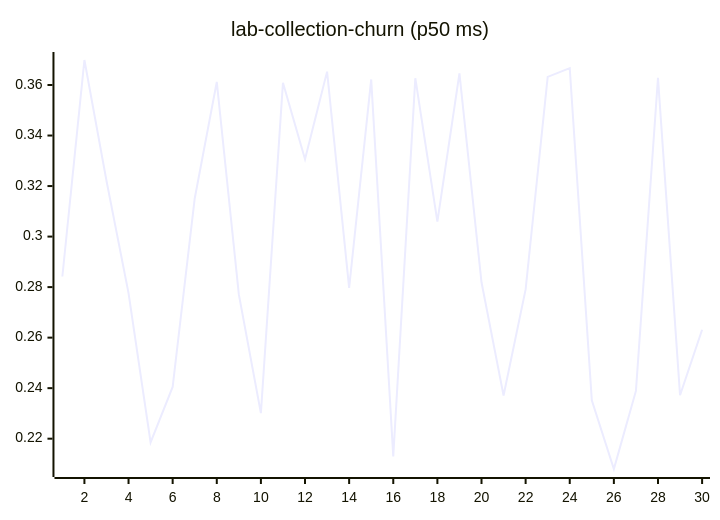
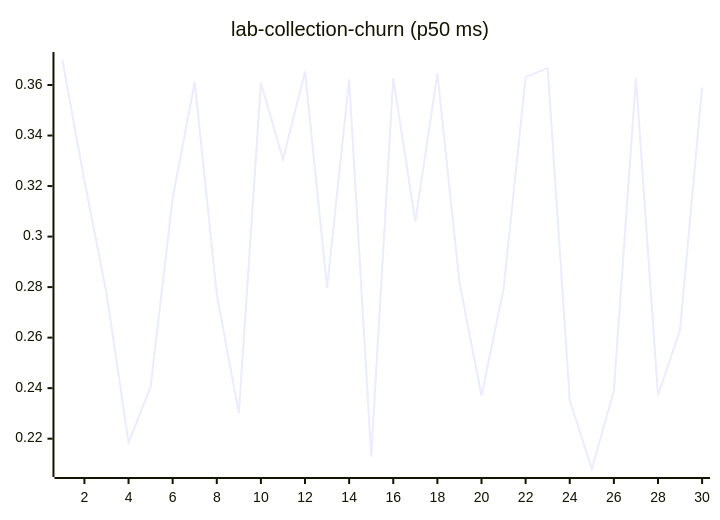
Before and after one commit to josha/Facet: diagram 11 of 27 in README.md, drawn with Mermaid. The commit also changed other lines of this file and 2 other files, not shown here.

````diff
--- a/README.md
+++ b/README.md
@@ -133,6 +133,6 @@
 ```mermaid
 xychart-beta
     title "lab-collection-churn (p50 ms)"
     x-axis 1 --> 30
-    line [0.2842, 0.3699, 0.3221, 0.2776, 0.2185, 0.2405, 0.3151, 0.3612, 0.2771, 0.2301, 0.3609, 0.3306, 0.3653, 0.2797, 0.3622, 0.2130, 0.3627, 0.3059, 0.3646, 0.2819, 0.2371, 0.2791, 0.3632, 0.3667, 0.2352, 0.2080, 0.2389, 0.3628, 0.2372, 0.2631]
+    line [0.3699, 0.3221, 0.2776, 0.2185, 0.2405, 0.3151, 0.3612, 0.2771, 0.2301, 0.3609, 0.3306, 0.3653, 0.2797, 0.3622, 0.2130, 0.3627, 0.3059, 0.3646, 0.2819, 0.2371, 0.2791, 0.3632, 0.3667, 0.2352, 0.2080, 0.2389, 0.3628, 0.2372, 0.2631, 0.3590]
 ```
````
